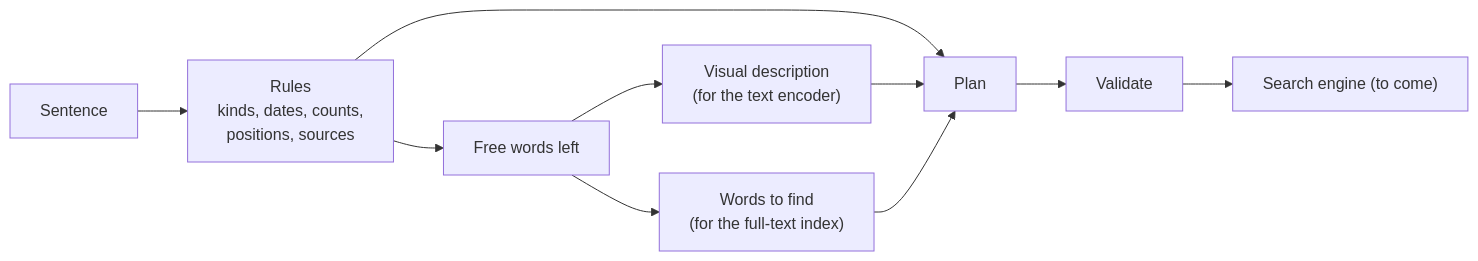
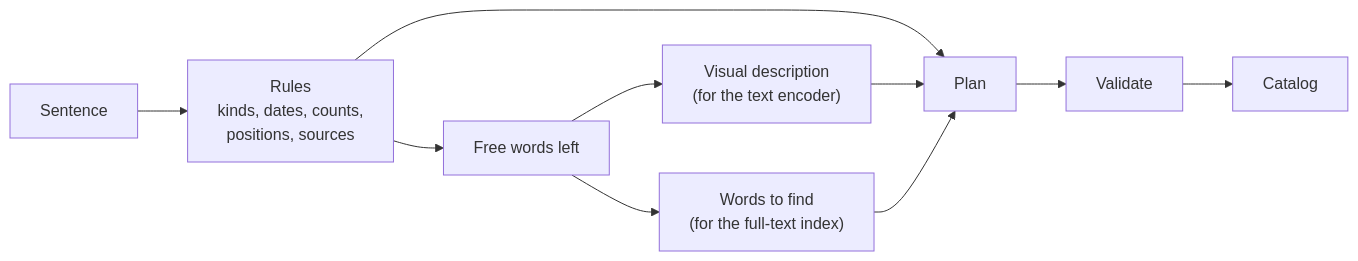
One commit to mama165/chat-lab changed the diagram in docs/QUERY.md. Above: the diagram before and after it, drawn with Mermaid. The commit also changed other lines of this file and 12 other files, not shown here.

First line of the commit message:
feat: run a search plan on a catalog of the library

````diff
--- a/docs/QUERY.md
+++ b/docs/QUERY.md
@@ -7,12 +7,12 @@
 ```mermaid
 graph LR
     S["Sentence"] --> R["Rules<br/>kinds, dates, counts,<br/>positions, sources"]
     R --> D["Free words left"]
     D --> V["Visual description<br/>(for the text encoder)"]
     D --> T["Words to find<br/>(for the full-text index)"]
     R --> P["Plan"]
     V --> P
     T --> P
     P --> C["Validate"]
-    C --> X["Search engine (to come)"]
+    C --> X["Catalog"]
 ```
````
